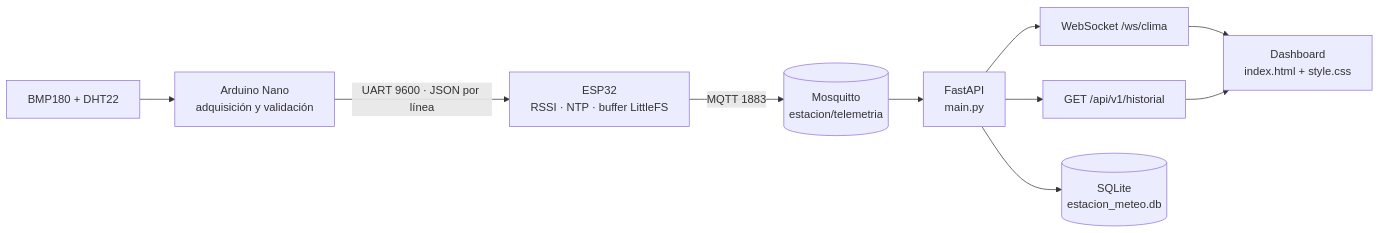
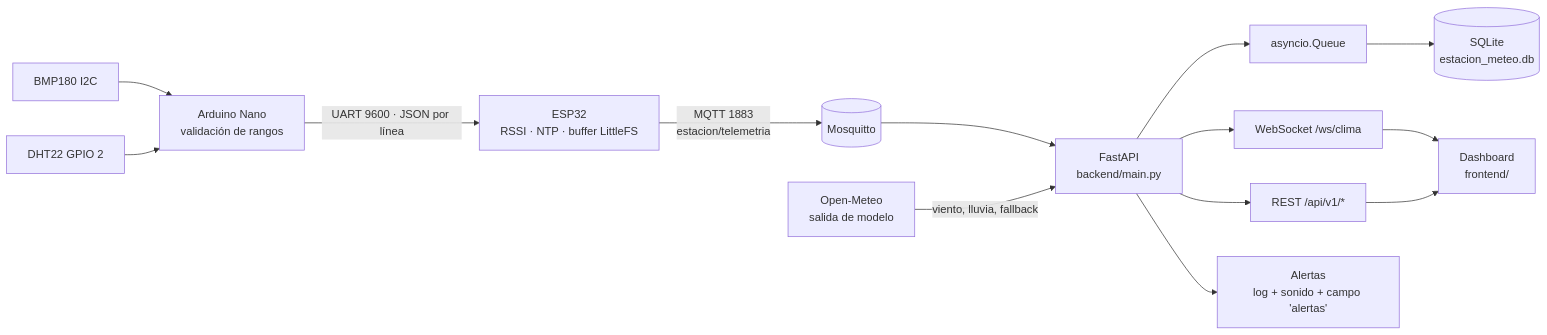
Before and after one commit to EstebanBertoni/estacion_meteorologica: the diagram in README.md, drawn with Mermaid. The commit also changed other lines of this file and 2 other files, not shown here.

````diff
--- a/README.md
+++ b/README.md
@@ -17,12 +27,16 @@
 ```mermaid
 flowchart LR
-    SENSORES["BMP180 + DHT22"] --> NANO["Arduino Nano<br/>adquisición y validación"]
-    NANO -->|UART 9600 · JSON por línea| ESP32["ESP32<br/>RSSI · NTP · buffer LittleFS"]
-    ESP32 -->|MQTT 1883| BROKER[("Mosquitto<br/>estacion/telemetria")]
-    BROKER --> API["FastAPI<br/>main.py"]
+    BMP["BMP180 I2C"] --> NANO["Arduino Nano<br/>validación de rangos"]
+    DHT["DHT22 GPIO 2"] --> NANO
+    NANO -->|"UART 9600 · JSON por línea"| ESP["ESP32<br/>RSSI · NTP · buffer LittleFS"]
+    ESP -->|"MQTT 1883<br/>estacion/telemetria"| BROKER[("Mosquitto")]
+    BROKER --> API["FastAPI<br/>backend/main.py"]
+    OM["Open-Meteo<br/>salida de modelo"] -->|"viento, lluvia, fallback"| API
+    API --> QUEUE["asyncio.Queue"]
+    QUEUE --> DB[("SQLite<br/>estacion_meteo.db")]
     API --> WS["WebSocket /ws/clima"]
-    API --> REST["GET /api/v1/historial"]
-    WS --> UI["Dashboard<br/>index.html + style.css"]
+    API --> REST["REST /api/v1/*"]
+    WS --> UI["Dashboard<br/>frontend/"]
     REST --> UI
-    API --> DB[("SQLite<br/>estacion_meteo.db")]
+    API --> AL["Alertas<br/>log + sonido + campo 'alertas'"]
 ```
````
